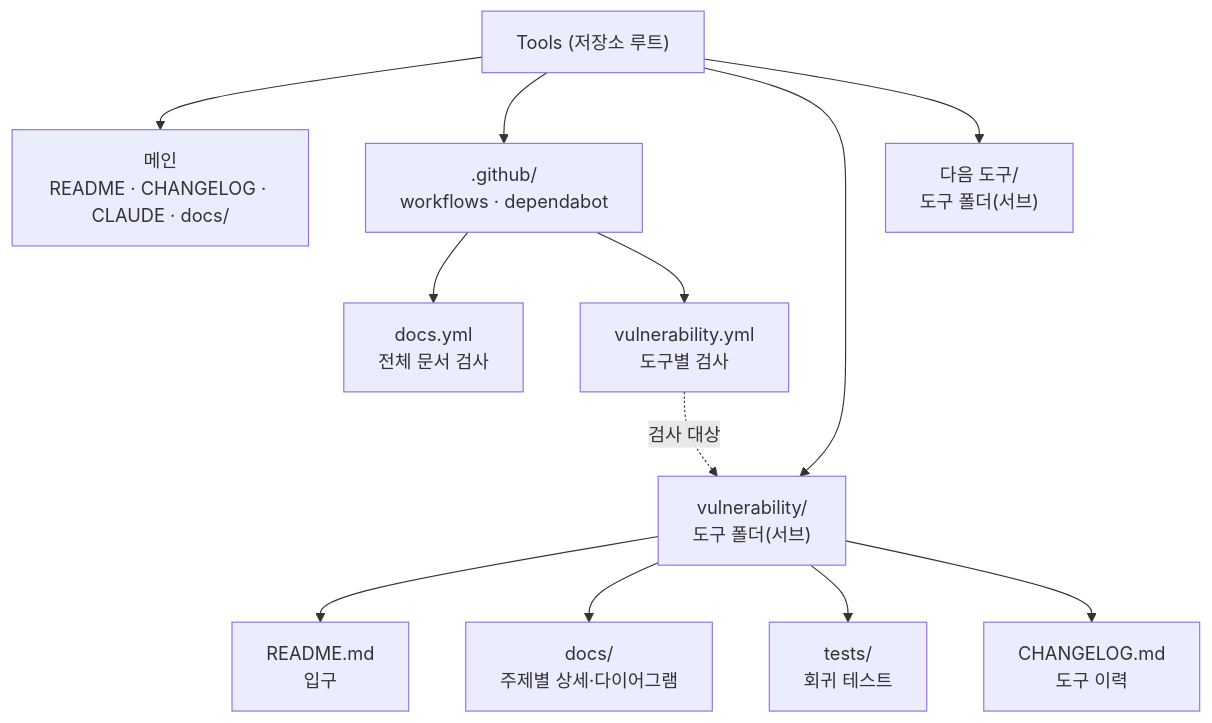
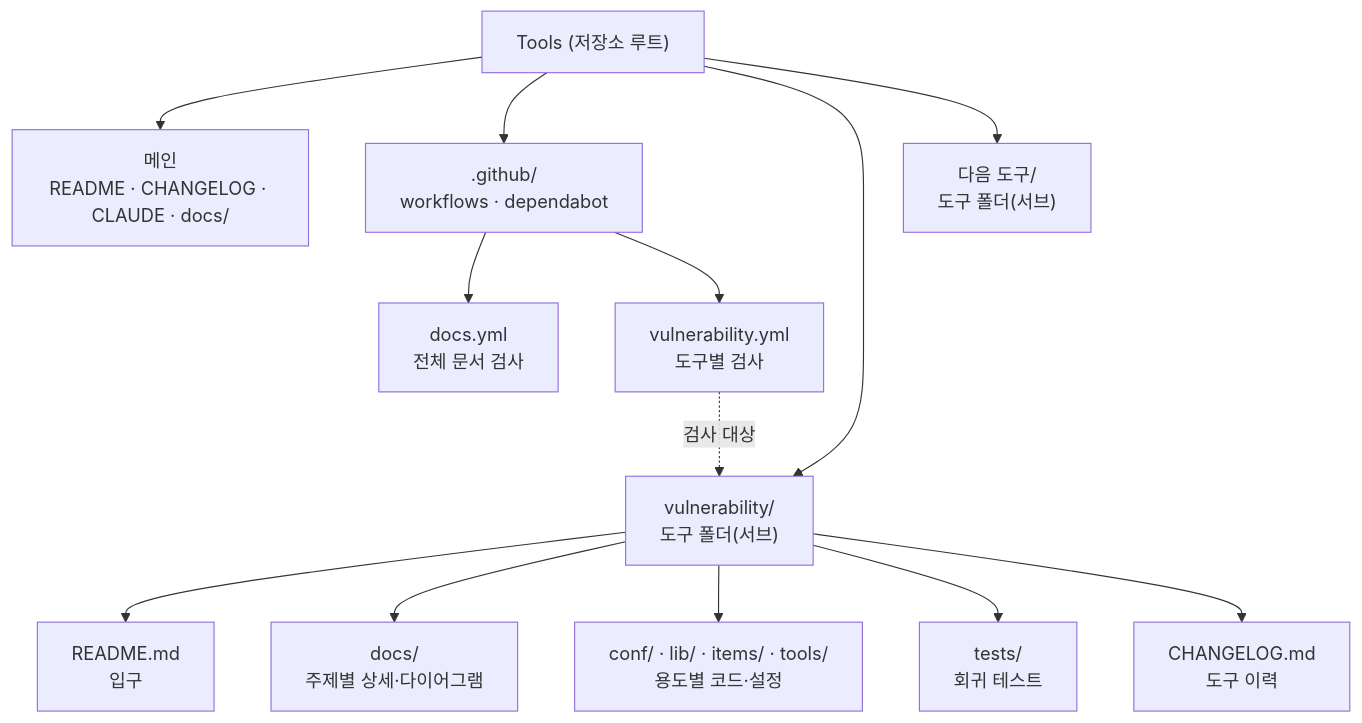
The diagram in docs/structure.md (yanos0218/Tools), drawn with Mermaid before and after one commit. The commit also changed other lines of this file and 8 other files, not shown here.

````diff
--- a/docs/structure.md
+++ b/docs/structure.md
@@ -7,15 +7,16 @@
 ```mermaid
 flowchart TB
   root["Tools (저장소 루트)"]
   root --> main["메인<br/>README · CHANGELOG · CLAUDE · docs/"]
   root --> gh[".github/<br/>workflows · dependabot"]
   root --> t1["vulnerability/<br/>도구 폴더(서브)"]
   root --> t2["다음 도구/<br/>도구 폴더(서브)"]
   t1 --> t1r["README.md<br/>입구"]
   t1 --> t1d["docs/<br/>주제별 상세·다이어그램"]
+  t1 --> t1s["conf/ · lib/ · items/ · tools/<br/>용도별 코드·설정"]
   t1 --> t1t["tests/<br/>회귀 테스트"]
   t1 --> t1c["CHANGELOG.md<br/>도구 이력"]
   gh --> w0["docs.yml<br/>전체 문서 검사"]
   gh --> w1["vulnerability.yml<br/>도구별 검사"]
   w1 -. 검사 대상 .-> t1
 ```
````
